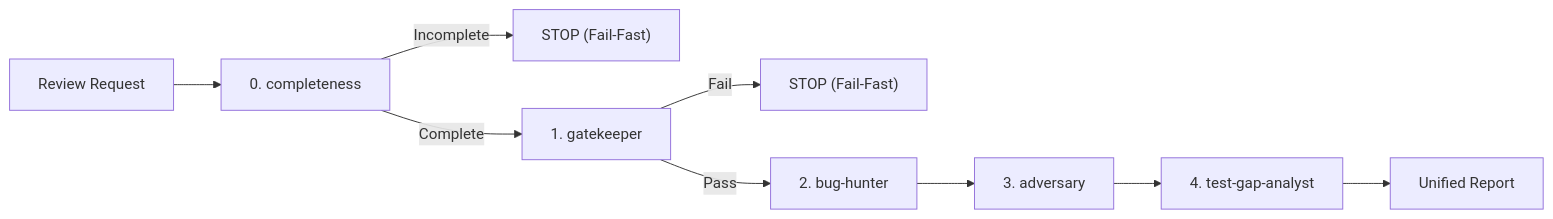
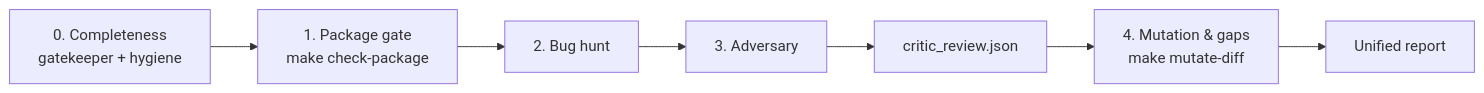
One commit to jiva-studio/shruti changed the second of 2 diagrams in AGENTS.md. Above: the diagram before and after it, drawn with Mermaid. The commit also changed other lines of this file and 5 other files, not shown here.

````diff
--- a/AGENTS.md
+++ b/AGENTS.md
@@ -125,11 +145,9 @@
 ```mermaid
 flowchart LR
-    Request["Review Request"] --> Stage0["0. completeness"]
-    Stage0 -->|"Incomplete"| Stop0["STOP (Fail-Fast)"]
-    Stage0 -->|"Complete"| Stage1["1. gatekeeper"]
-    Stage1 -->|"Fail"| Stop["STOP (Fail-Fast)"]
-    Stage1 -->|"Pass"| Stage2["2. bug-hunter"]
-    Stage2 --> Stage3["3. adversary"]
-    Stage3 --> Stage4["4. test-gap-analyst"]
-    Stage4 --> Report["Unified Report"]
+    S0["0. Completeness<br/>gatekeeper + hygiene"] --> S1["1. Package gate<br/>make check-package"]
+    S1 --> S2["2. Bug hunt"]
+    S2 --> S3["3. Adversary"]
+    S3 --> Critic["critic_review.json"]
+    Critic --> S4["4. Mutation & gaps<br/>make mutate-diff"]
+    S4 --> Report["Unified report"]
 ```
````
